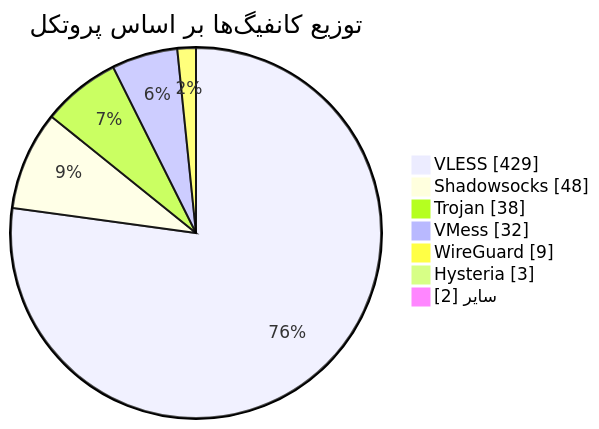
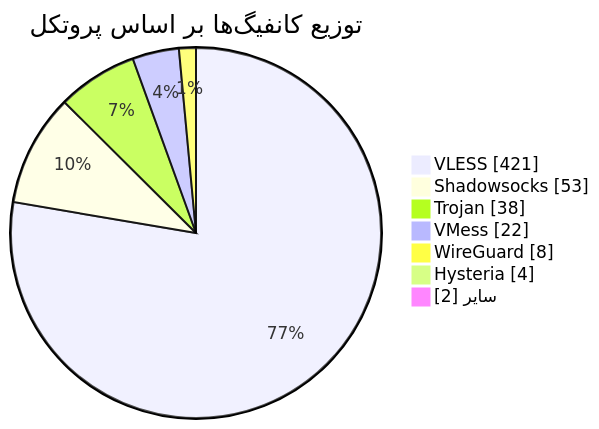
One commit to Arian-Alijani/Somthing changed the diagram in README.md. Above: the diagram before and after it, drawn with Mermaid. The commit also changed other lines of this file and 83 other files, not shown here.

````diff
--- a/README.md
+++ b/README.md
@@ -49,11 +49,11 @@
 ```mermaid
 pie showData
     title توزیع کانفیگ‌ها بر اساس پروتکل
-    "VLESS" : 429
-    "Shadowsocks" : 48
+    "VLESS" : 421
+    "Shadowsocks" : 53
     "Trojan" : 38
-    "VMess" : 32
-    "WireGuard" : 9
-    "Hysteria" : 3
+    "VMess" : 22
+    "WireGuard" : 8
+    "Hysteria" : 4
     "سایر" : 2
 ```
````
